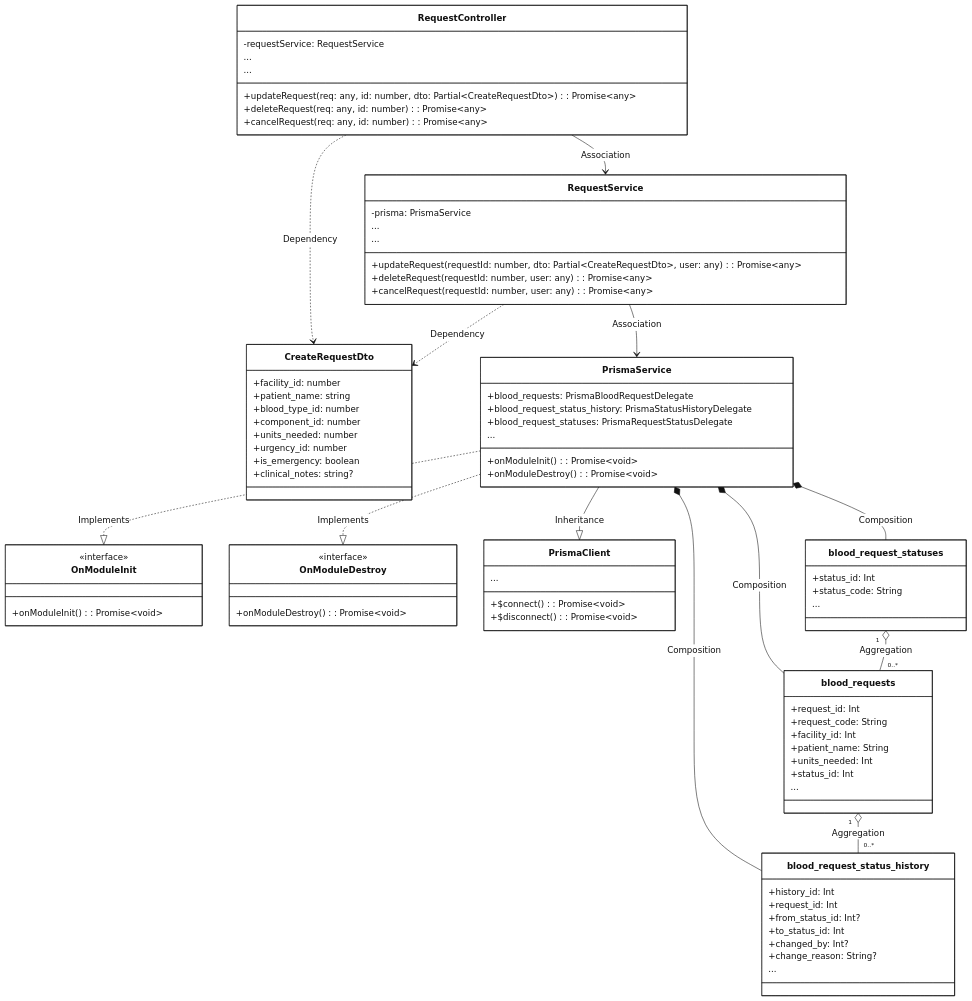
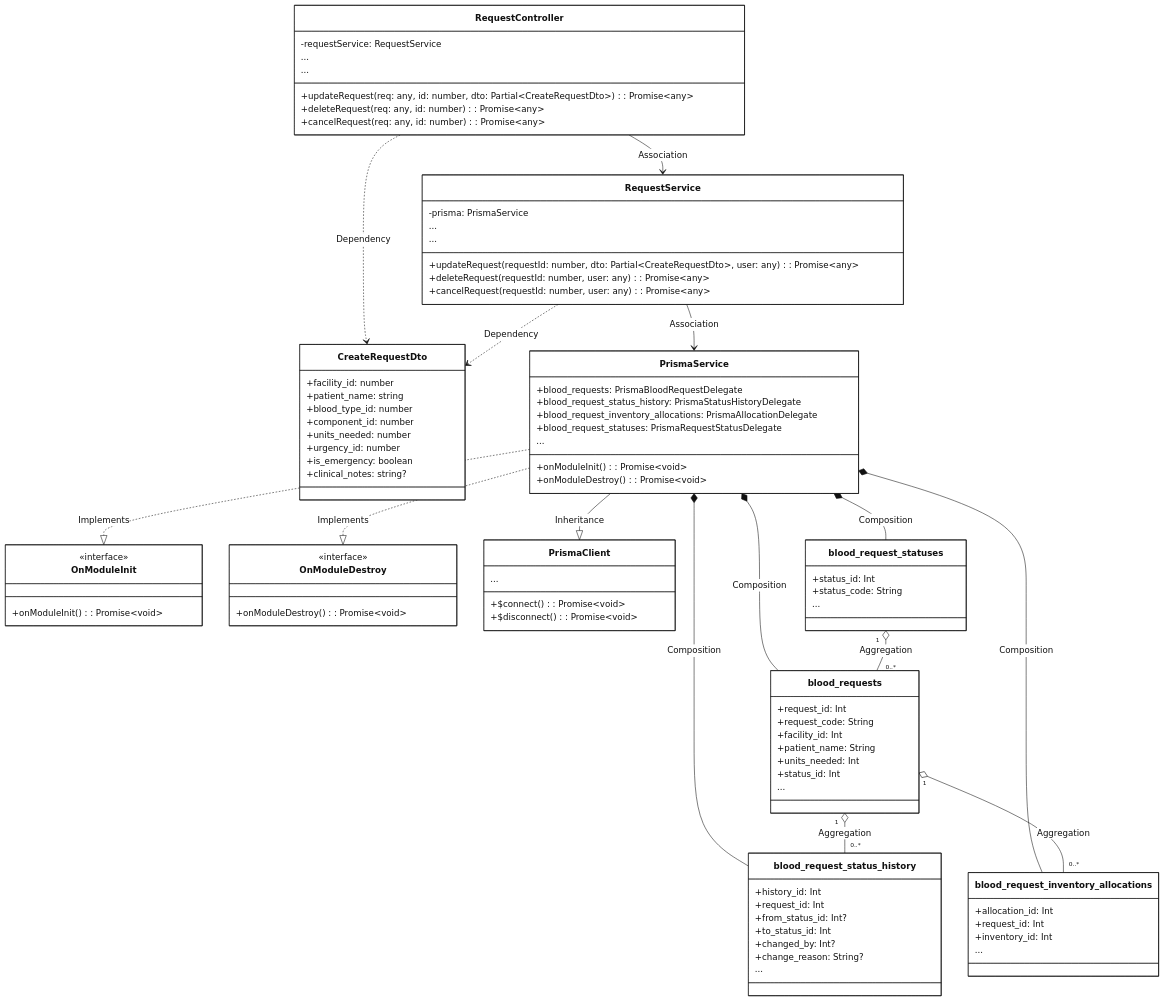
Before and after one commit to CuongBC195/class-diagram-donation-blood: the fourth of 8 diagrams in modules_mermaid/04_request.md, drawn with Mermaid. The commit also changed other lines of this file and 30 other files, not shown here.

Commit message:
fix(diagrams): achieve 100% capstone alignment with backend source code across all 13 modules

````diff
--- a/modules_mermaid/04_request.md
+++ b/modules_mermaid/04_request.md
@@ -696,10 +735,18 @@
 class PrismaService {
   +blood_requests: PrismaBloodRequestDelegate
   +blood_request_status_history: PrismaStatusHistoryDelegate
+  +blood_request_inventory_allocations: PrismaAllocationDelegate
   +blood_request_statuses: PrismaRequestStatusDelegate
   ...
   +onModuleInit(): Promise~void~
   +onModuleDestroy(): Promise~void~
+}
+
+class blood_request_inventory_allocations {
+  +allocation_id: Int
+  +request_id: Int
+  +inventory_id: Int
+  ...
 }
 
 class blood_requests {
@@ -740,8 +787,10 @@
 
 PrismaService *-- blood_requests : Composition
 PrismaService *-- blood_request_status_history : Composition
+PrismaService *-- blood_request_inventory_allocations : Composition
 PrismaService *-- blood_request_statuses : Composition
 
 blood_requests "1" o-- "0..*" blood_request_status_history : Aggregation
+blood_requests "1" o-- "0..*" blood_request_inventory_allocations : Aggregation
 blood_request_statuses "1" o-- "0..*" blood_requests : Aggregation
 ```
````
